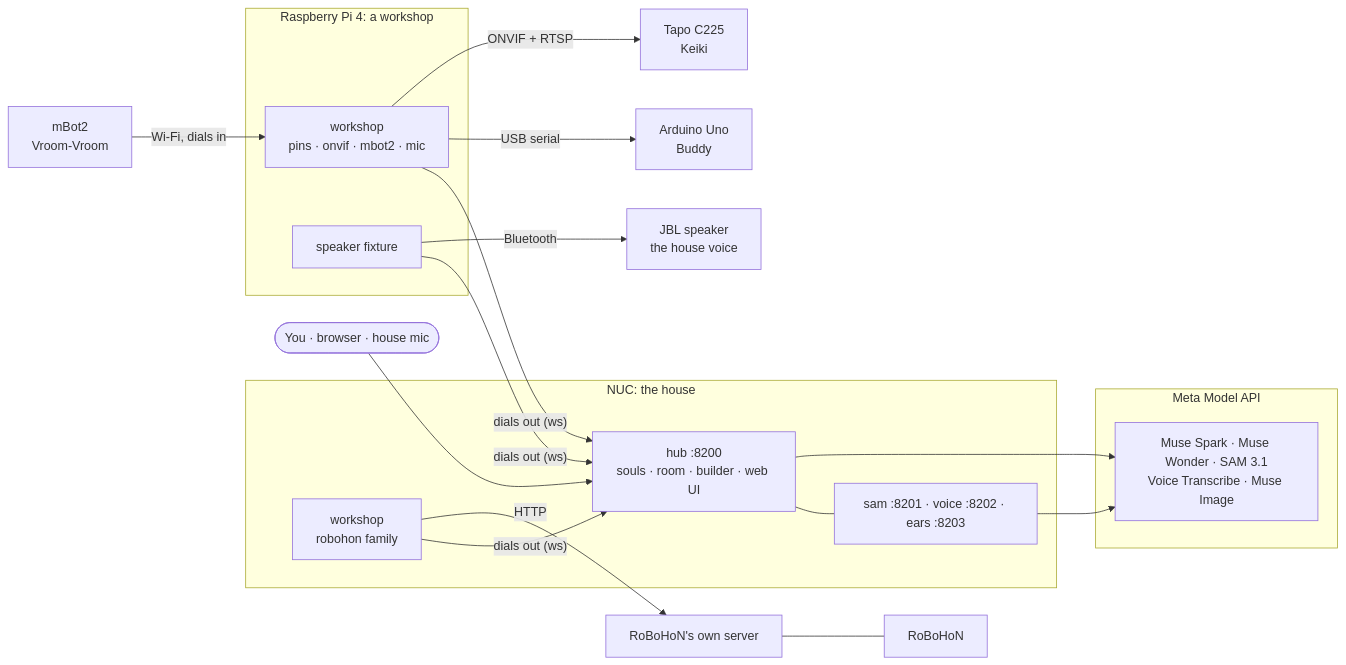
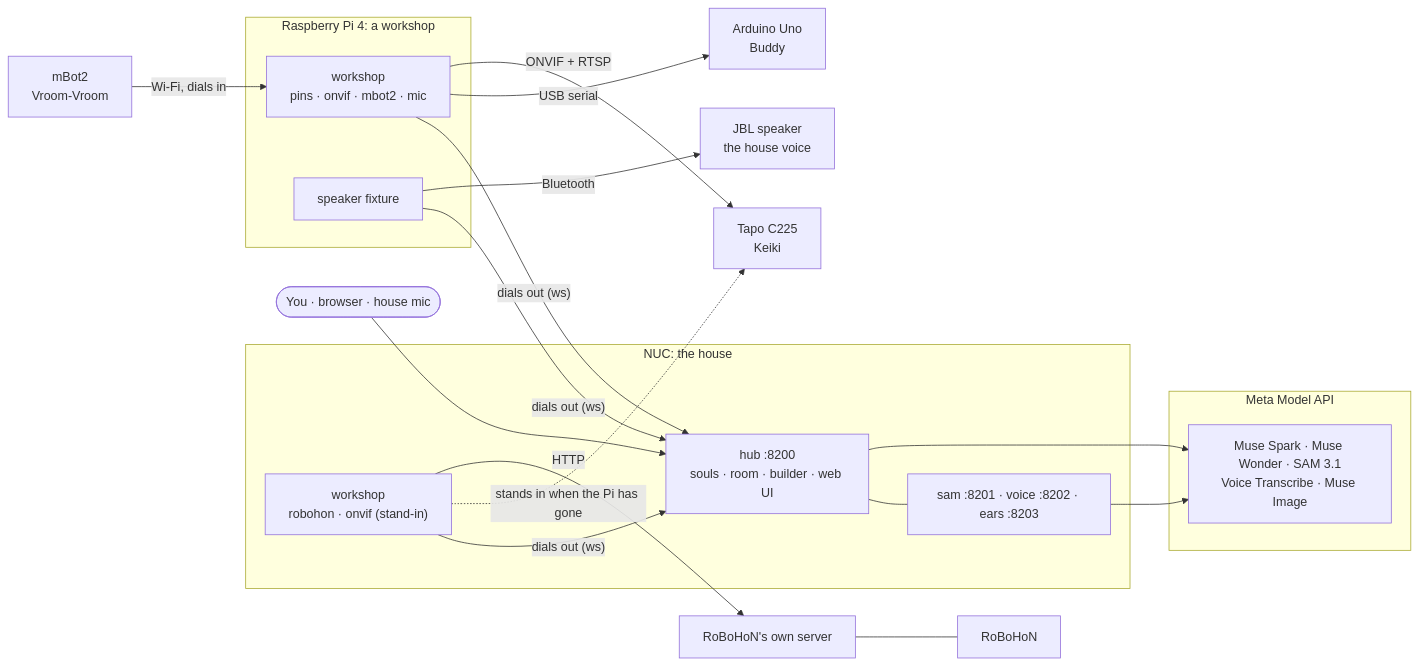
Before and after one commit to surferkook/ponki: the second of 3 diagrams in README.md, drawn with Mermaid. The commit also changed other lines of this file and 13 other files, not shown here.

````diff
--- a/README.md
+++ b/README.md
@@ -112,27 +112,28 @@
 ```mermaid
 flowchart LR
   you(["You · browser · house mic"]) --> hub
   subgraph meta ["Meta Model API"]
     models["Muse Spark · Muse Wonder · SAM 3.1<br/>Voice Transcribe · Muse Image"]
   end
   subgraph nuc ["NUC: the house"]
     hub["hub :8200<br/>souls · room · builder · web UI"]
     side["sam :8201 · voice :8202 · ears :8203"]
-    wsn["workshop<br/>robohon family"]
+    wsn["workshop<br/>robohon · onvif (stand-in)"]
   end
   subgraph pi ["Raspberry Pi 4: a workshop"]
     wsp["workshop<br/>pins · onvif · mbot2 · mic"]
     spk["speaker fixture"]
   end
   hub --- side
   hub --> models
   side --> models
   wsn -- "dials out (ws)" --> hub
   wsp -- "dials out (ws)" --> hub
   spk -- "dials out (ws)" --> hub
   wsp -- "USB serial" --> uno["Arduino Uno<br/>Buddy"]
   wsp -- "ONVIF + RTSP" --> tapo["Tapo C225<br/>Keiki"]
+  wsn -. "stands in when the Pi has gone" .-> tapo
   rover["mBot2<br/>Vroom-Vroom"] -- "Wi-Fi, dials in" --> wsp
   spk -- "Bluetooth" --> jbl["JBL speaker<br/>the house voice"]
   wsn -- "HTTP" --> rh["RoBoHoN's own server"] --- robo["RoBoHoN"]
 ```
````
